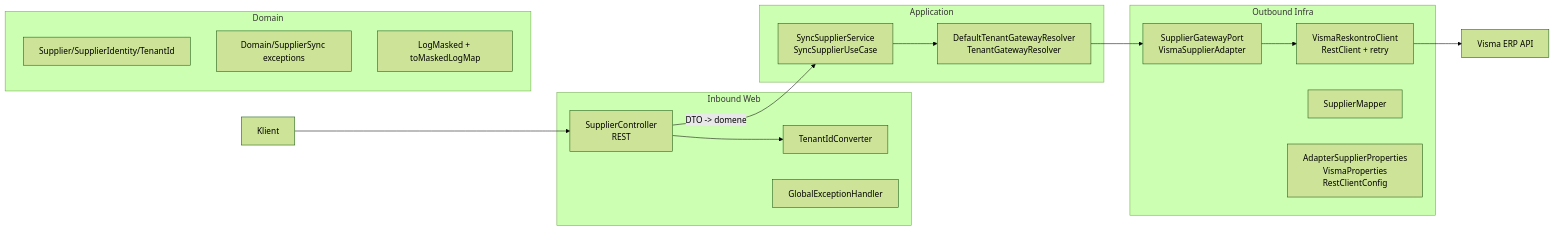
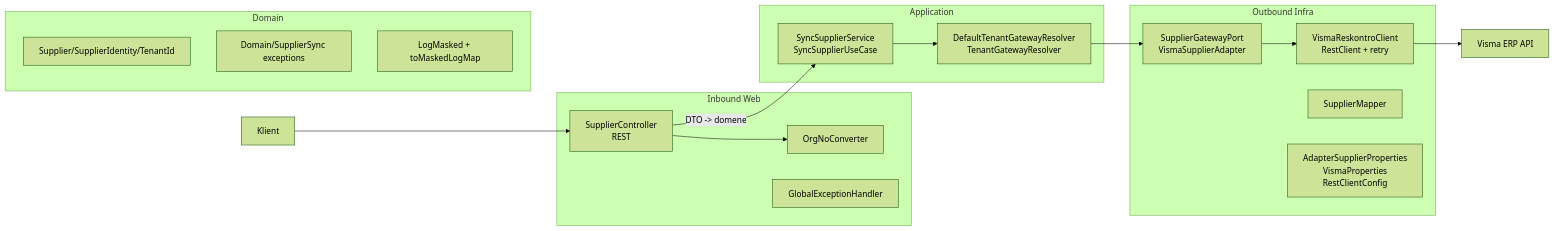
The first of 2 diagrams in ARCHITECTURE.md (FINTLabs/fint-flyt-egrunnerverv-okonomi), drawn with Mermaid (forest theme) before and after one commit. The commit also changed other lines of this file and 16 other files, not shown here.

````diff
--- a/ARCHITECTURE.md
+++ b/ARCHITECTURE.md
@@ -5,34 +5,34 @@
 ```mermaid
 flowchart LR
     Client[Klient] --> Controller["SupplierController\nREST"]
-    Controller --> TenantConv[TenantIdConverter]
+    Controller --> OrgNoConv[OrgNoConverter]
     Controller -->|DTO -> domene| UseCase["SyncSupplierService\nSyncSupplierUseCase"]
     UseCase --> Resolver["DefaultTenantGatewayResolver\nTenantGatewayResolver"]
     Resolver --> Adapter["SupplierGatewayPort\nVismaSupplierAdapter"]
     Adapter --> VismaClient["VismaReskontroClient\nRestClient + retry"]
     VismaClient --> VismaAPI["Visma ERP API"]
 
     subgraph Inbound Web
       Controller
-      TenantConv
+      OrgNoConv
       GlobalHandler[GlobalExceptionHandler]
     end
 
     subgraph Application
       UseCase
       Resolver
     end
 
     subgraph Domain
       Models[Supplier/SupplierIdentity/TenantId]
       Errors[Domain/SupplierSync exceptions]
       Logging[LogMasked + toMaskedLogMap]
     end
 
     subgraph Outbound Infra
       Adapter
       VismaClient
       Mapper[SupplierMapper]
       Config[AdapterSupplierProperties\nVismaProperties\nRestClientConfig]
     end
 ```
````
